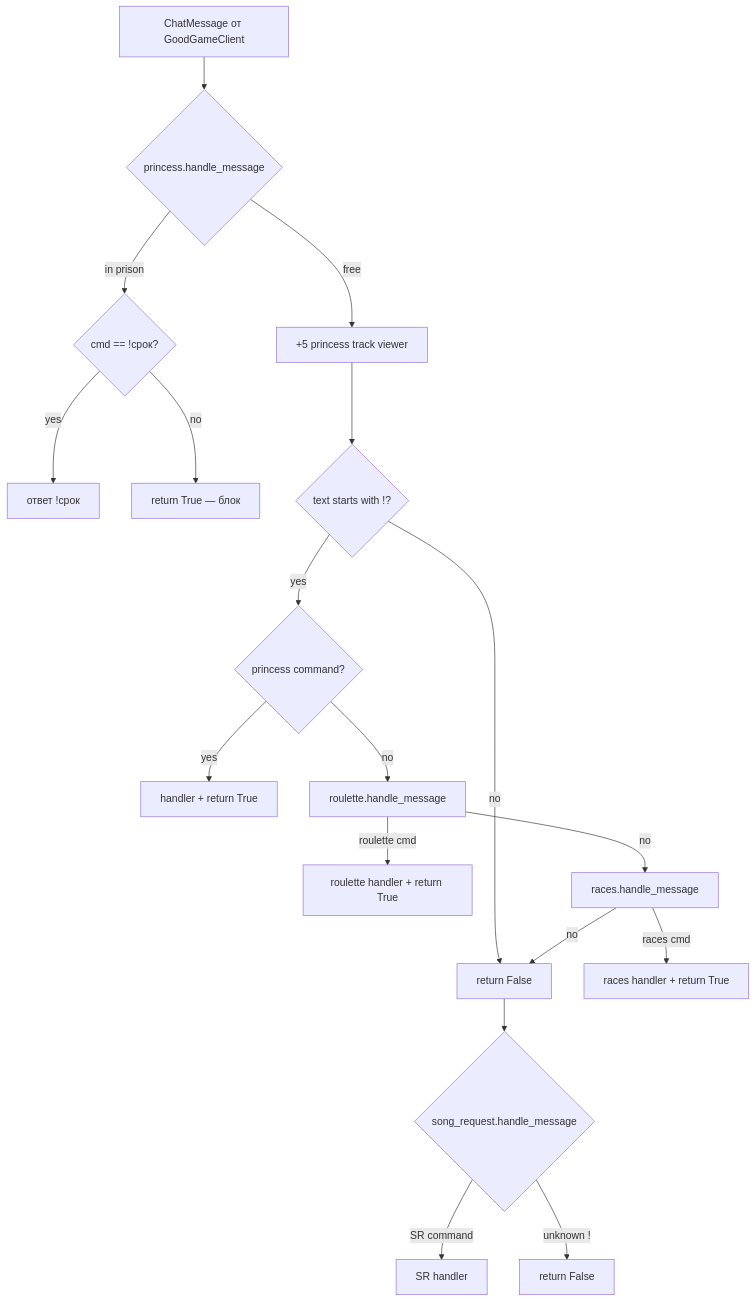
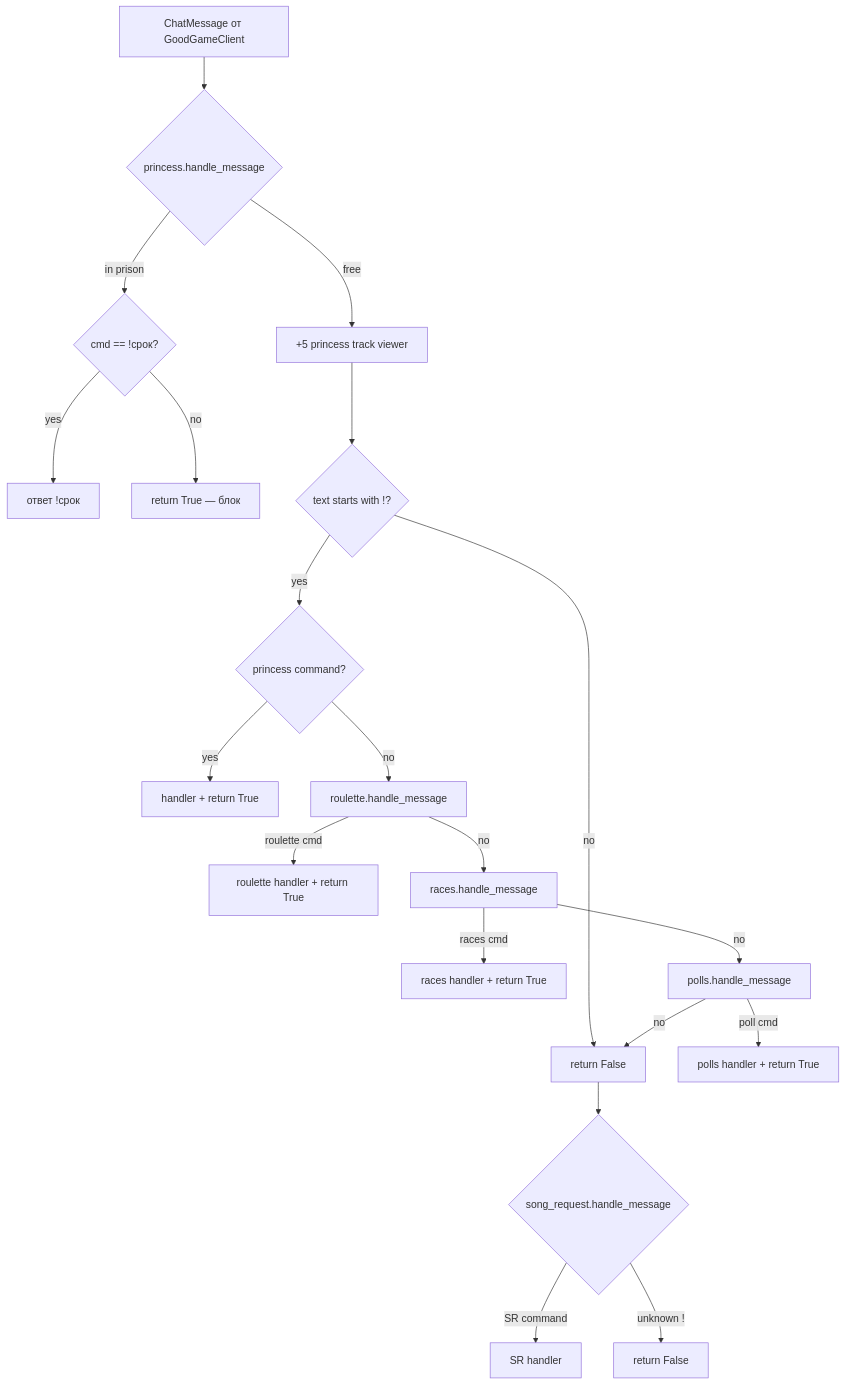
One commit to klon008/ggchatbot changed the third of 3 diagrams in README_DEV.md. Above: the diagram before and after it, drawn with Mermaid. The commit also changed other lines of this file and 17 other files, not shown here.

````diff
--- a/README_DEV.md
+++ b/README_DEV.md
@@ -649,24 +672,26 @@
 ```mermaid
 flowchart TD
     Msg[ChatMessage от GoodGameClient]
     Msg --> Princess{princess.handle_message}
 
     Princess -->|in prison| Srok{cmd == !срок?}
     Srok -->|yes| ReplySrok[ответ !срок]
     Srok -->|no| Block[return True — блок]
 
     Princess -->|free| Passive[+5 princess track viewer]
     Passive --> Cmd{text starts with !?}
     Cmd -->|no| SRCheck[return False]
     Cmd -->|yes| PrincessCmd{princess command?}
     PrincessCmd -->|yes| HandleP[handler + return True]
     PrincessCmd -->|no| RouletteCheck[roulette.handle_message]
     RouletteCheck -->|roulette cmd| HandleR[roulette handler + return True]
     RouletteCheck -->|no| RacesCheck[races.handle_message]
     RacesCheck -->|races cmd| HandleRc[races handler + return True]
-    RacesCheck -->|no| SRCheck
+    RacesCheck -->|no| PollsCheck[polls.handle_message]
+    PollsCheck -->|poll cmd| HandleP2[polls handler + return True]
+    PollsCheck -->|no| SRCheck
 
     SRCheck --> SR{song_request.handle_message}
     SR -->|SR command| HandleSR[SR handler]
     SR -->|unknown !| Ignore[return False]
 ```
````
